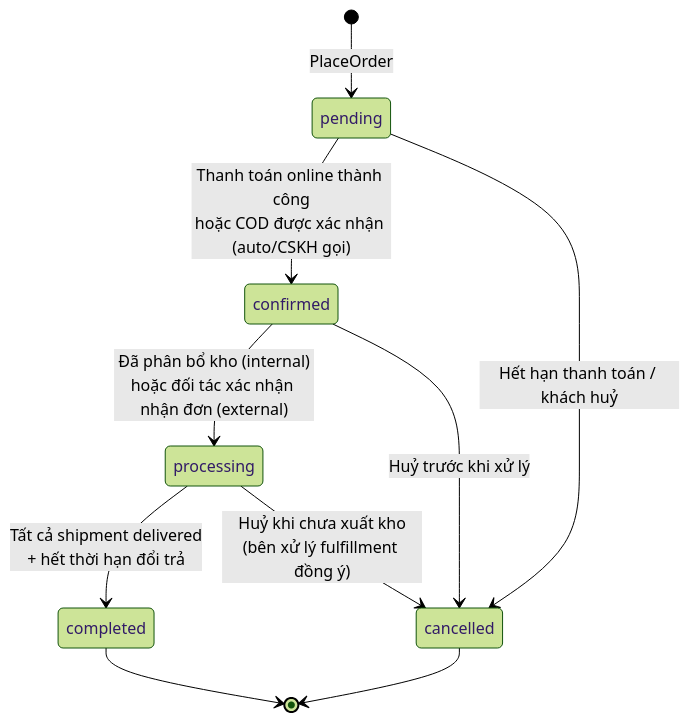
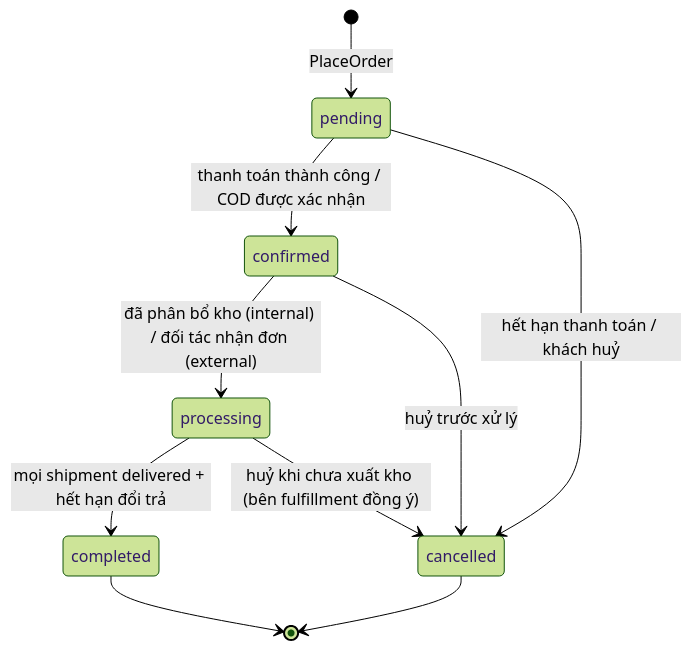
Before and after one commit to ptdat97/vanishop: the second of 3 diagrams in docs/09-order/order.md, drawn with Mermaid (forest theme). The commit also changed other lines of this file and 58 other files, not shown here.

````diff
--- a/docs/09-order/order.md
+++ b/docs/09-order/order.md
@@ -71,12 +49,12 @@
 ```mermaid
 stateDiagram-v2
     [*] --> pending: PlaceOrder
-    pending --> confirmed: Thanh toán online thành công<br/>hoặc COD được xác nhận (auto/CSKH gọi)
-    pending --> cancelled: Hết hạn thanh toán / khách huỷ
-    confirmed --> processing: Đã phân bổ kho (internal)<br/>hoặc đối tác xác nhận nhận đơn (external)
-    confirmed --> cancelled: Huỷ trước khi xử lý
-    processing --> completed: Tất cả shipment delivered<br/>+ hết thời hạn đổi trả
-    processing --> cancelled: Huỷ khi chưa xuất kho<br/>(bên xử lý fulfillment đồng ý)
+    pending --> confirmed: thanh toán thành công / COD được xác nhận
+    pending --> cancelled: hết hạn thanh toán / khách huỷ
+    confirmed --> processing: đã phân bổ kho (internal) / đối tác nhận đơn (external)
+    confirmed --> cancelled: huỷ trước xử lý
+    processing --> completed: mọi shipment delivered + hết hạn đổi trả
+    processing --> cancelled: huỷ khi chưa xuất kho (bên fulfillment đồng ý)
     completed --> [*]
     cancelled --> [*]
 ```
````
